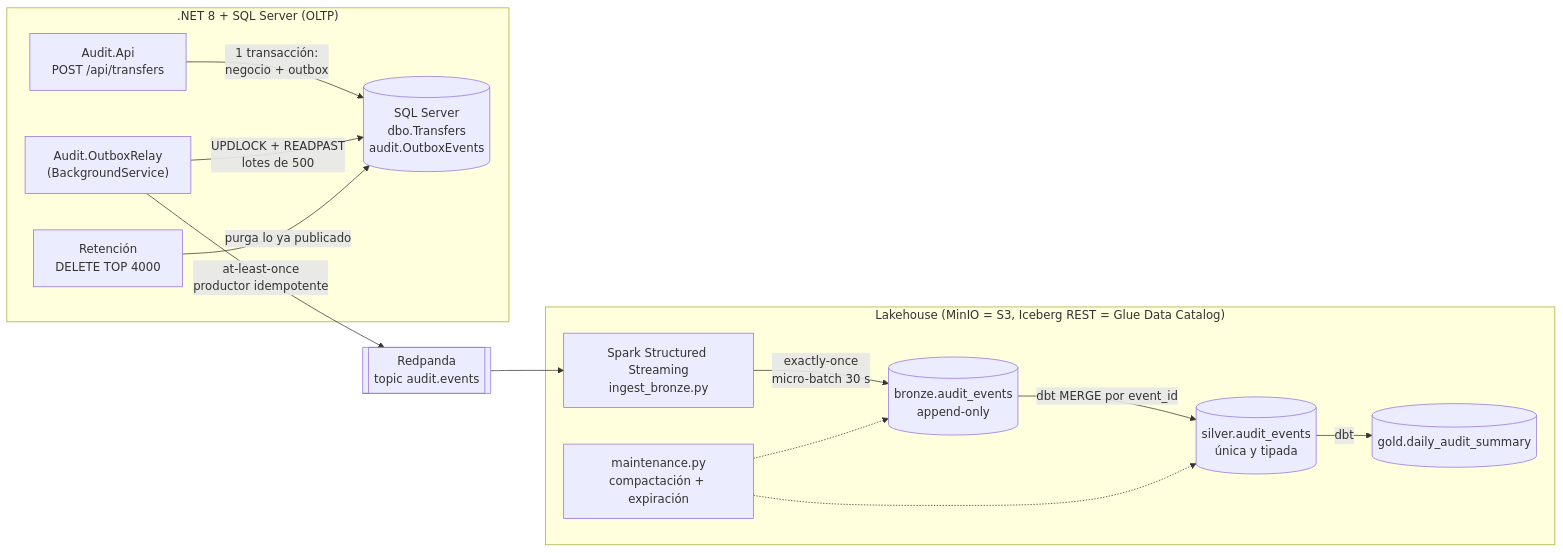
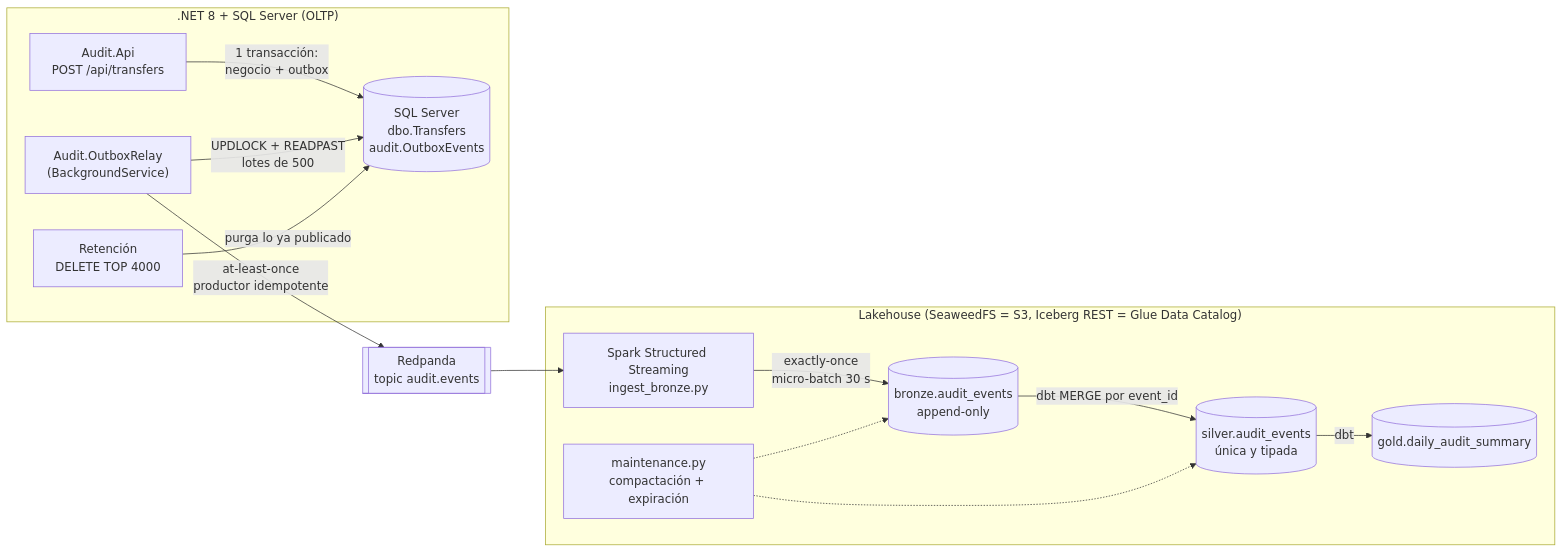
The diagram in README.md (AnaSofiacastillo31/lakehouse-audit-poc), drawn with Mermaid before and after one commit. The commit also changed other lines of this file and 6 other files, not shown here.

First line of the commit message:
Reemplaza MinIO por SeaweedFS: MinIO retiró sus imágenes públicas

````diff
--- a/README.md
+++ b/README.md
@@ -13,17 +13,17 @@
 ```mermaid
 flowchart LR
     subgraph Core[".NET 8 + SQL Server (OLTP)"]
         API["Audit.Api<br/>POST /api/transfers"] -->|"1 transacción:<br/>negocio + outbox"| DB[("SQL Server<br/>dbo.Transfers<br/>audit.OutboxEvents")]
         RELAY["Audit.OutboxRelay<br/>(BackgroundService)"] -->|"UPDLOCK + READPAST<br/>lotes de 500"| DB
         RET["Retención<br/>DELETE TOP 4000"] -->|"purga lo ya publicado"| DB
     end
     RELAY -->|"at-least-once<br/>productor idempotente"| RP[["Redpanda<br/>topic audit.events"]]
     RP --> ING["Spark Structured Streaming<br/>ingest_bronze.py"]
-    subgraph LH["Lakehouse (MinIO = S3, Iceberg REST = Glue Data Catalog)"]
+    subgraph LH["Lakehouse (SeaweedFS = S3, Iceberg REST = Glue Data Catalog)"]
         ING -->|"exactly-once<br/>micro-batch 30 s"| BR[("bronze.audit_events<br/>append-only")]
         BR -->|"dbt MERGE por event_id"| SI[("silver.audit_events<br/>única y tipada")]
         SI -->|dbt| GO[("gold.daily_audit_summary")]
         MNT["maintenance.py<br/>compactación + expiración"] -.-> BR
         MNT -.-> SI
     end
 ```
````
